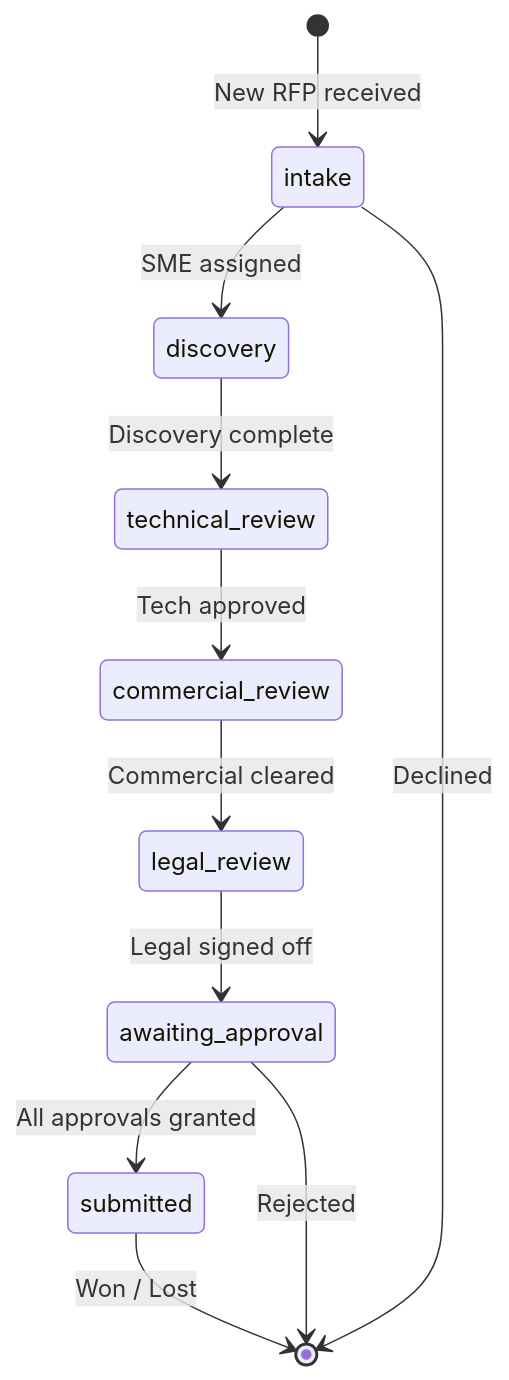
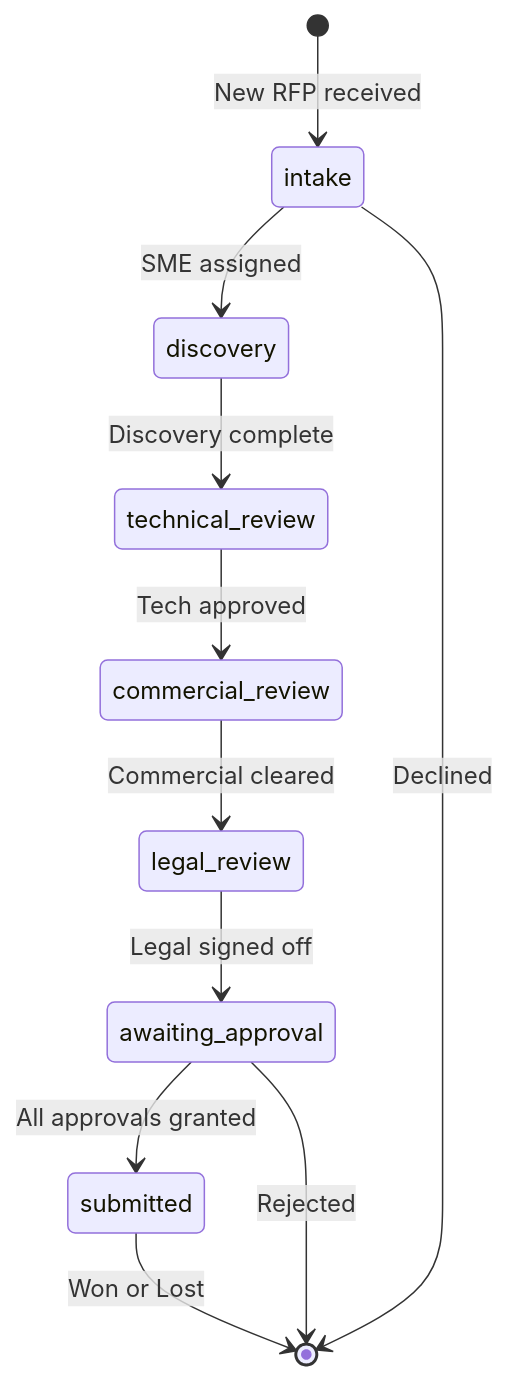
One commit to sanjayrkshetty/presales-hub changed the second of 4 diagrams in docs/architecture/data-flow.md. Above: the diagram before and after it, drawn with Mermaid. The commit also changed other lines of this file and 21 other files, not shown here.

First line of the commit message:
docs: align architecture with G1 / Post-G1 reality (#8)

````diff
--- a/docs/architecture/data-flow.md
+++ b/docs/architecture/data-flow.md
@@ -29,14 +29,14 @@
 ```mermaid
 stateDiagram-v2
     [*] --> intake: New RFP received
     intake --> discovery: SME assigned
     discovery --> technical_review: Discovery complete
     technical_review --> commercial_review: Tech approved
     commercial_review --> legal_review: Commercial cleared
     legal_review --> awaiting_approval: Legal signed off
     awaiting_approval --> submitted: All approvals granted
-    submitted --> [*]: Won / Lost
+    submitted --> [*]: Won or Lost
 
     intake --> [*]: Declined
     awaiting_approval --> [*]: Rejected
 ```
````
